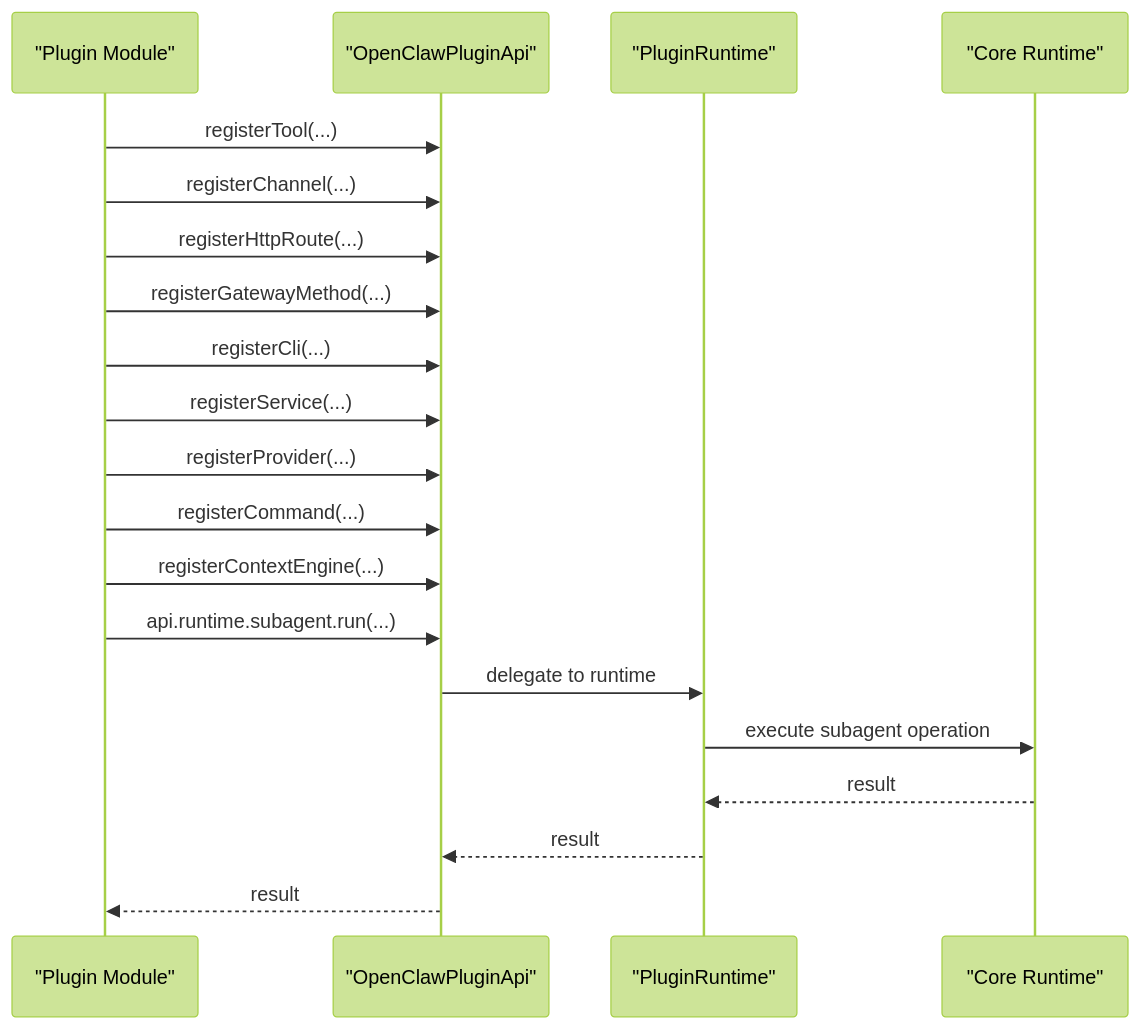
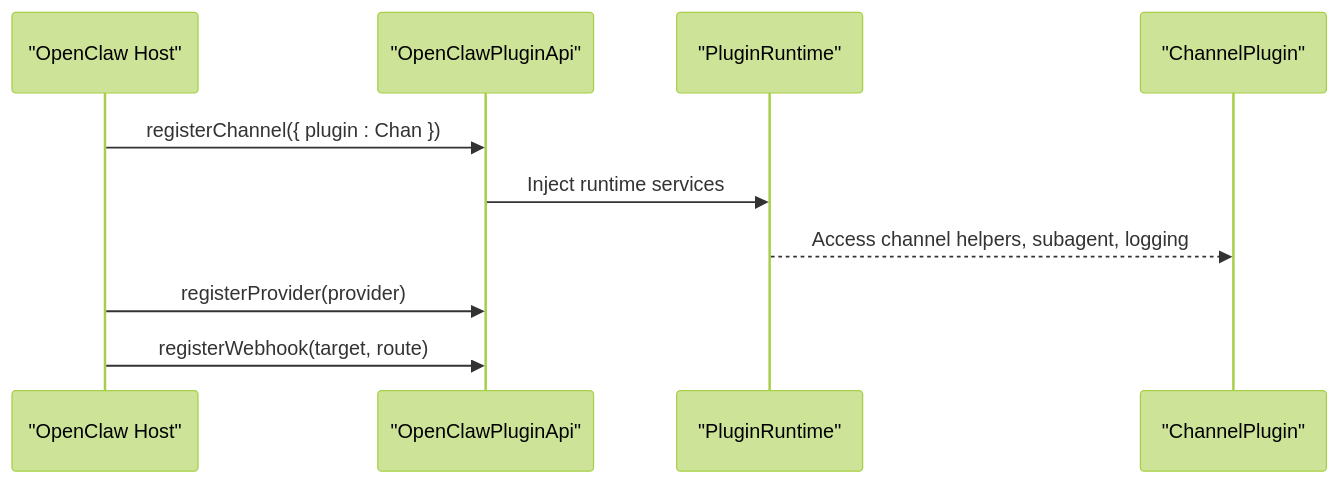
One commit to botx-work/OpenClaw-Internals changed the fourth of 9 diagrams in repowiki/en/content/API Reference/Plugin SDK.md. Above: the diagram before and after it, drawn with Mermaid (forest theme). The commit also changed other lines of this file and 332 other files, not shown here.

````diff
--- a/repowiki/en/content/API Reference/Plugin SDK.md
+++ b/repowiki/en/content/API Reference/Plugin SDK.md
@@ -106,22 +229,12 @@
 ```mermaid
 sequenceDiagram
-participant Plugin as "Plugin Module"
+participant Host as "OpenClaw Host"
 participant API as "OpenClawPluginApi"
 participant RT as "PluginRuntime"
-participant Core as "Core Runtime"
-Plugin->>API : registerTool(...)
-Plugin->>API : registerChannel(...)
-Plugin->>API : registerHttpRoute(...)
-Plugin->>API : registerGatewayMethod(...)
-Plugin->>API : registerCli(...)
-Plugin->>API : registerService(...)
-Plugin->>API : registerProvider(...)
-Plugin->>API : registerCommand(...)
-Plugin->>API : registerContextEngine(...)
-Plugin->>API : api.runtime.subagent.run(...)
-API->>RT : delegate to runtime
-RT->>Core : execute subagent operation
-Core-->>RT : result
-RT-->>API : result
-API-->>Plugin : result
+participant Chan as "ChannelPlugin"
+Host->>API : registerChannel({ plugin : Chan })
+API->>RT : Inject runtime services
+RT-->>Chan : Access channel helpers, subagent, logging
+Host->>API : registerProvider(provider)
+Host->>API : registerWebhook(target, route)
 ```
````
